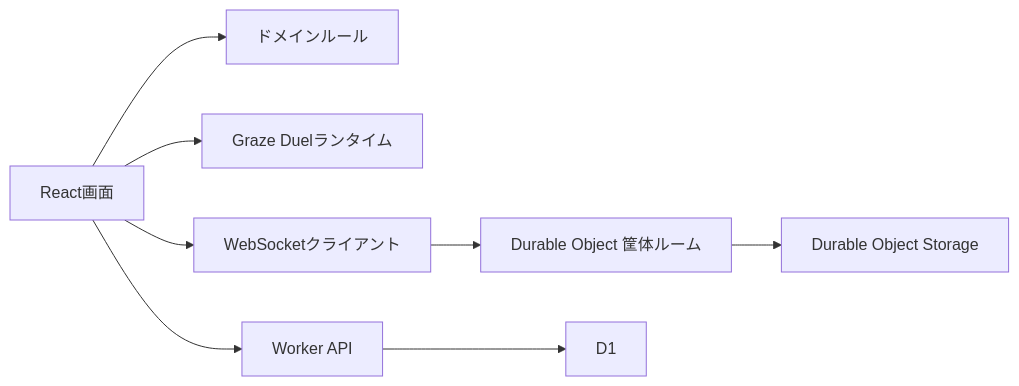
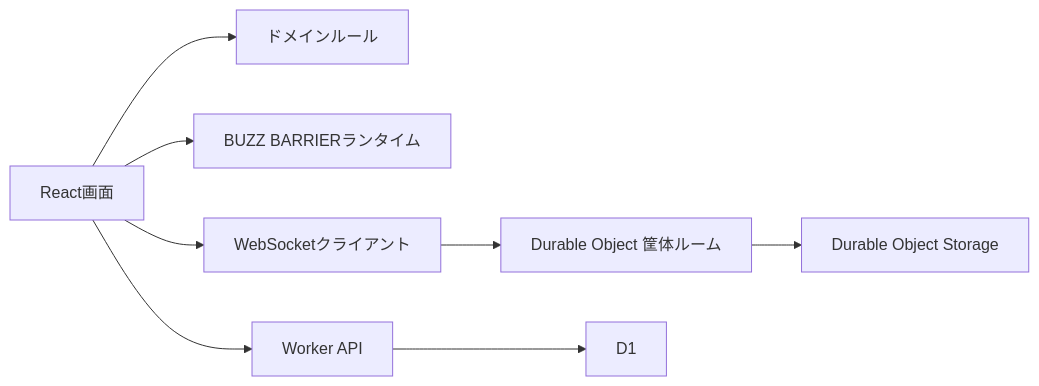
Before and after one commit to papettoTV/virtual_gamecenter: the first of 2 diagrams in prototype-twinkle-psyvaria/docs/architecture.md, drawn with Mermaid. The commit also changed other lines of this file and 11 other files, not shown here.

````diff
--- a/prototype-twinkle-psyvaria/docs/architecture.md
+++ b/prototype-twinkle-psyvaria/docs/architecture.md
@@ -7,10 +7,10 @@
 ```mermaid
 flowchart LR
   UI["React画面"] --> Domain["ドメインルール"]
-  UI --> Runtime["Graze Duelランタイム"]
+  UI --> Runtime["BUZZ BARRIERランタイム"]
   UI --> Realtime["WebSocketクライアント"]
   Realtime --> Room["Durable Object 筐体ルーム"]
   UI --> API["Worker API"]
   API --> D1["D1"]
   Room --> Storage["Durable Object Storage"]
 ```
````
